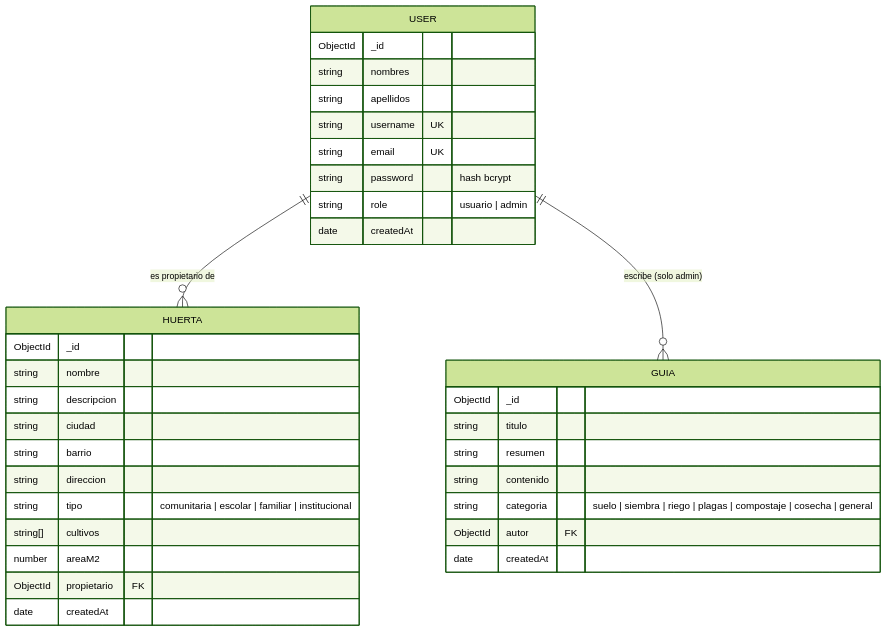
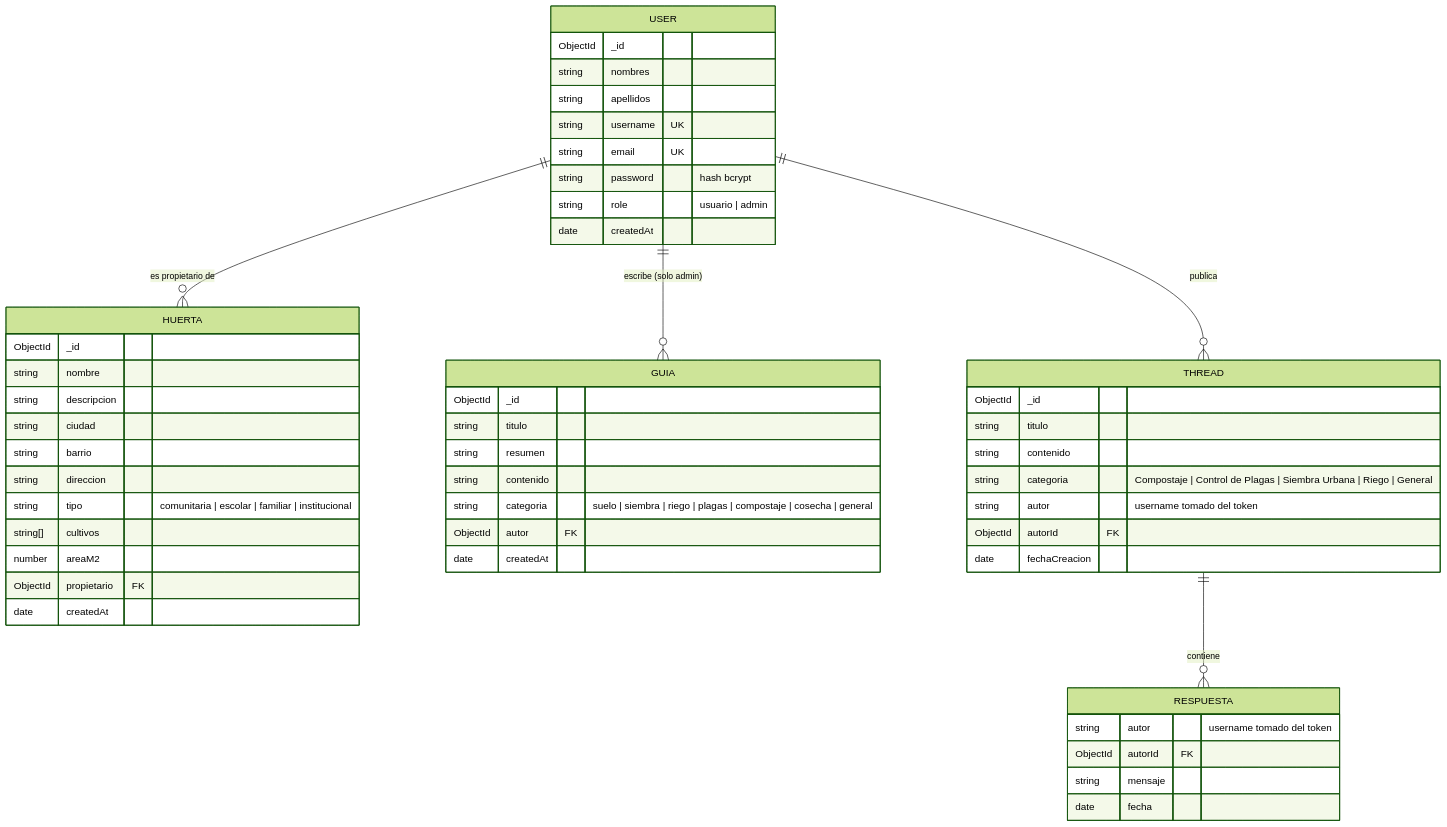
One commit to Andres8760/Plataforma-de-Huertas-Urbanas.github.io changed the diagram in docs/modelo-general.md. Above: the diagram before and after it, drawn with Mermaid (forest theme). The commit also changed other lines of this file and 5 other files, not shown here.

````diff
--- a/docs/modelo-general.md
+++ b/docs/modelo-general.md
@@ -5,38 +5,55 @@
 ```mermaid
 erDiagram
     USER ||--o{ HUERTA : "es propietario de"
     USER ||--o{ GUIA : "escribe (solo admin)"
+    USER ||--o{ THREAD : "publica"
+    THREAD ||--o{ RESPUESTA : "contiene"
 
     USER {
         ObjectId _id
         string nombres
         string apellidos
         string username UK
         string email UK
         string password "hash bcrypt"
         string role "usuario | admin"
         date createdAt
     }
     HUERTA {
         ObjectId _id
         string nombre
         string descripcion
         string ciudad
         string barrio
         string direccion
         string tipo "comunitaria | escolar | familiar | institucional"
         string[] cultivos
         number areaM2
         ObjectId propietario FK
         date createdAt
     }
     GUIA {
         ObjectId _id
         string titulo
         string resumen
         string contenido
         string categoria "suelo | siembra | riego | plagas | compostaje | cosecha | general"
         ObjectId autor FK
         date createdAt
     }
+    THREAD {
+        ObjectId _id
+        string titulo
+        string contenido
+        string categoria "Compostaje | Control de Plagas | Siembra Urbana | Riego | General"
+        string autor "username tomado del token"
+        ObjectId autorId FK
+        date fechaCreacion
+    }
+    RESPUESTA {
+        string autor "username tomado del token"
+        ObjectId autorId FK
+        string mensaje
+        date fecha
+    }
 ```
````
